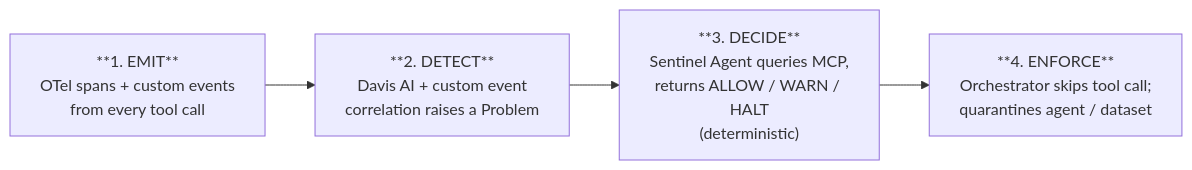
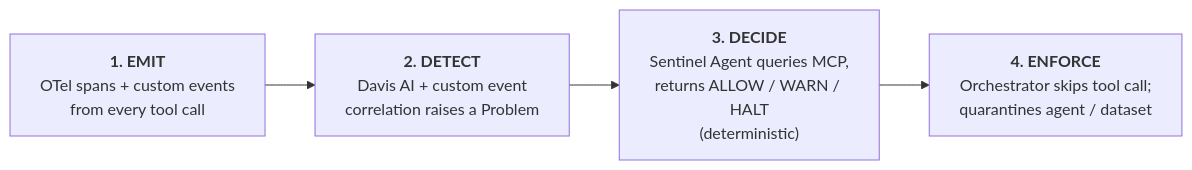
The first of 2 diagrams in README.md (MichaelPaonam/sentinelds), drawn with Mermaid before and after one commit.

Commit message:
Replaced **bold** markdown syntax with <b>bold</b>

````diff
--- a/README.md
+++ b/README.md
@@ -43,9 +43,9 @@
 ```mermaid
 flowchart LR
-    E["**1. EMIT**\nOTel spans + custom events\nfrom every tool call"]
-    D["**2. DETECT**\nDavis AI + custom event\ncorrelation raises a Problem"]
-    De["**3. DECIDE**\nSentinel Agent queries MCP,\nreturns ALLOW / WARN / HALT\n(deterministic)"]
-    En["**4. ENFORCE**\nOrchestrator skips tool call;\nquarantines agent / dataset"]
+    E["<b>1. EMIT</b>\nOTel spans + custom events\nfrom every tool call"]
+    D["<b>2. DETECT</b>\nDavis AI + custom event\ncorrelation raises a Problem"]
+    De["<b>3. DECIDE</b>\nSentinel Agent queries MCP,\nreturns ALLOW / WARN / HALT\n(deterministic)"]
+    En["<b>4. ENFORCE</b>\nOrchestrator skips tool call;\nquarantines agent / dataset"]
 
     E --> D --> De --> En
 ```
````
